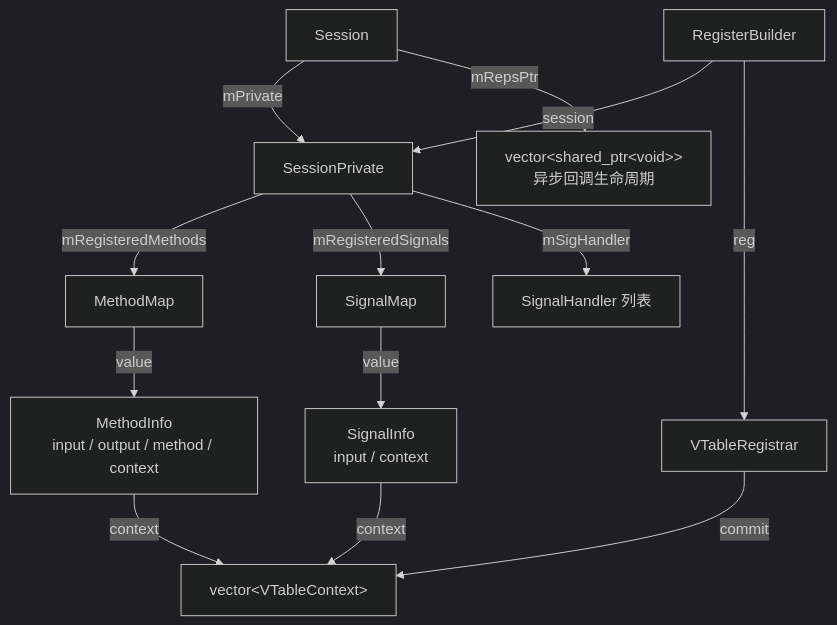
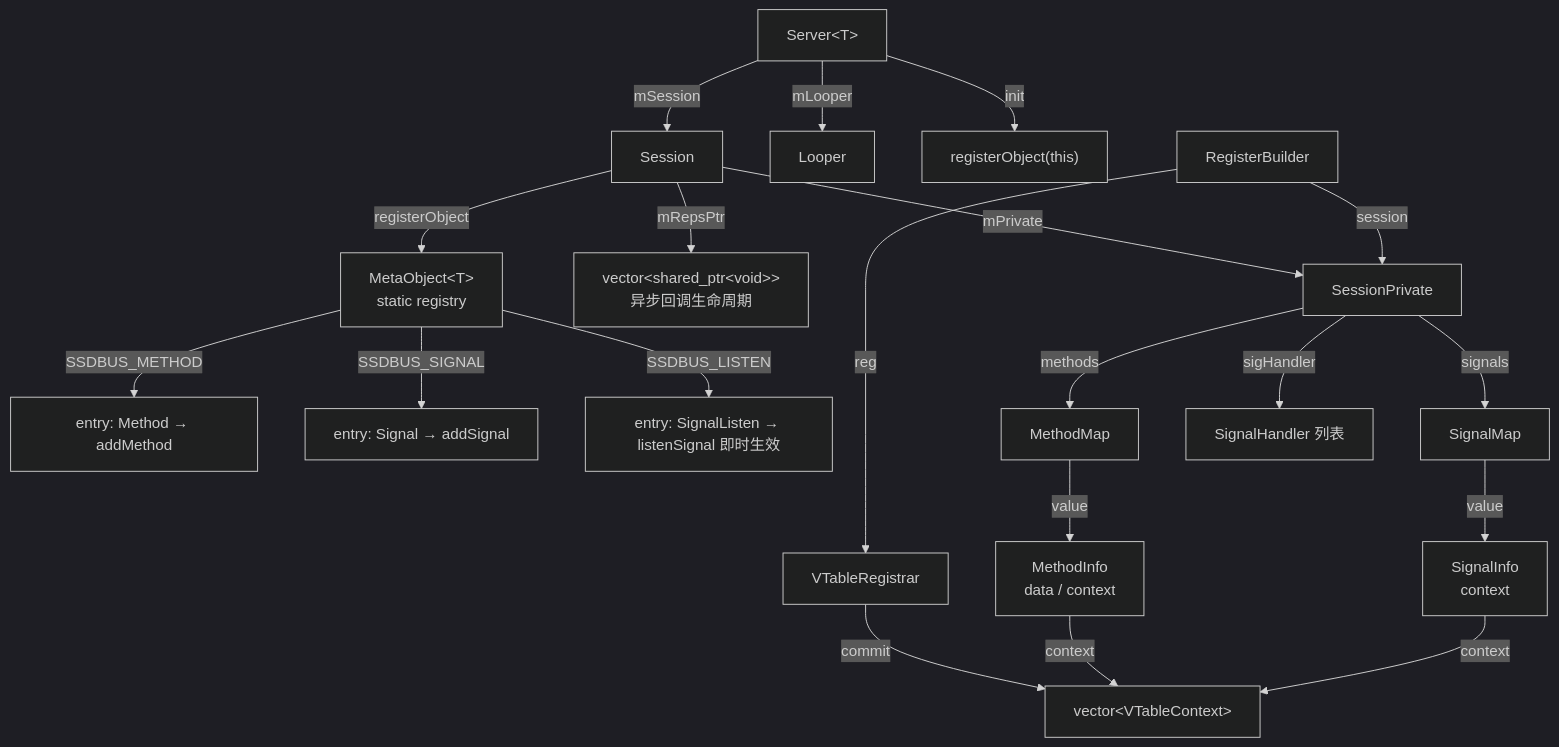
One commit to soul-science/dbusxx changed the second of 2 diagrams in plan.md. Above: the diagram before and after it, drawn with Mermaid (dark theme). The commit also changed other lines of this file and 32 other files, not shown here.

````diff
--- a/plan.md
+++ b/plan.md
@@ -167,20 +177,29 @@
 ```mermaid
 graph TD
-    Session["Session"] -->|mPrivate| SP["SessionPrivate"]
-    Session -->|mRepsPtr| Reps["vector&lt;shared_ptr&lt;void&gt;&gt;<br/>异步回调生命周期"]
+    Server["Server&lt;T&gt;"] -->|mSession| Session_c["Session"]
+    Server -->|mLooper| Looper_c["Looper"]
+    Server -->|init| RO["registerObject(this)"]
 
-    SP -->|mRegisteredMethods| MM["MethodMap"]
-    SP -->|mRegisteredSignals| SM["SignalMap"]
-    SP -->|mSigHandler| SigH["SignalHandler 列表"]
+    Session_c -->|mPrivate| SP["SessionPrivate"]
+    Session_c -->|mRepsPtr| Reps["vector&lt;shared_ptr&lt;void&gt;&gt;<br/>异步回调生命周期"]
+    Session_c -->|registerObject| MO["MetaObject&lt;T&gt;<br/>static registry"]
+
+    MO -->|SSDBUS_METHOD| RM["entry: Method → addMethod"]
+    MO -->|SSDBUS_SIGNAL| RS["entry: Signal → addSignal"]
+    MO -->|SSDBUS_LISTEN| RL["entry: SignalListen → listenSignal 即时生效"]
+
+    SP -->|methods| MM["MethodMap"]
+    SP -->|signals| SM["SignalMap"]
+    SP -->|sigHandler| SigH["SignalHandler 列表"]
 
     RegisterBuilder -->|session| SP
     RegisterBuilder -->|reg| VReg["VTableRegistrar"]
 
     VReg -->|commit| VCTX["vector&lt;VTableContext&gt;"]
 
-    MM -->|value| MI["MethodInfo<br/>input / output / method / context"]
-    SM -->|value| SI["SignalInfo<br/>input / context"]
+    MM -->|value| MI["MethodInfo<br/>data / context"]
+    SM -->|value| SI["SignalInfo<br/>context"]
 
     MI -->|context| VCTX
     SI -->|context| VCTX
 ```
````
